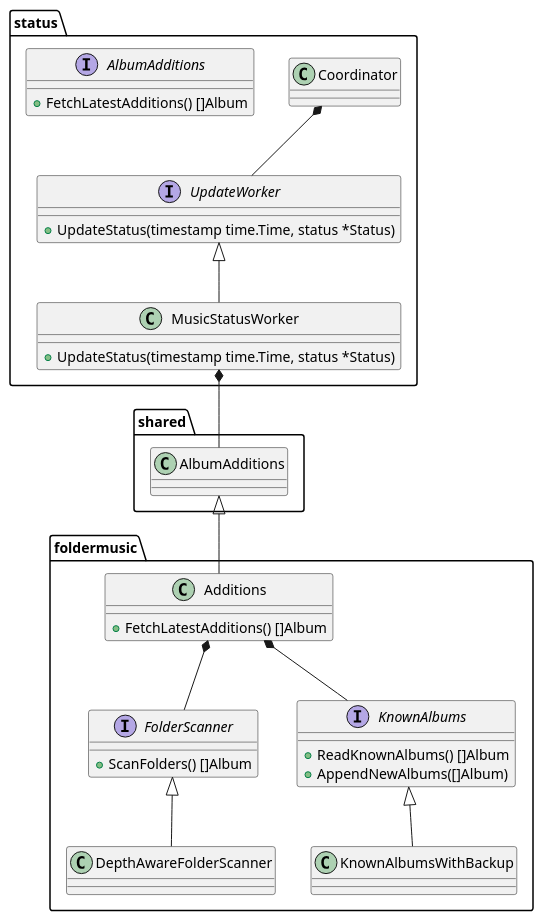
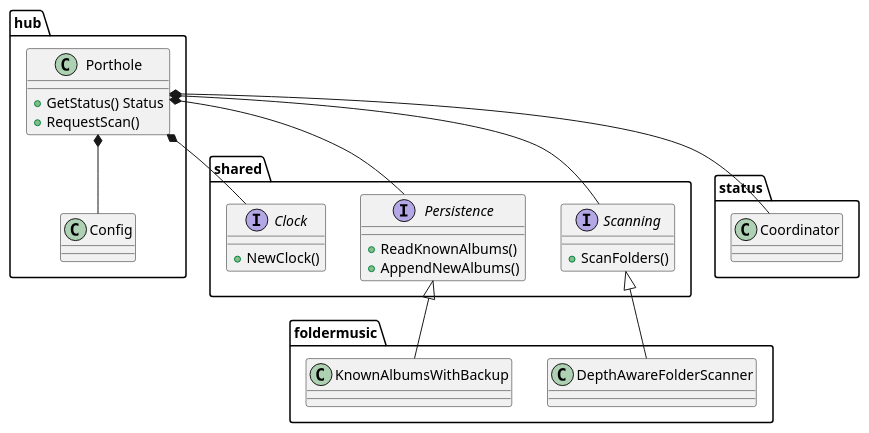
One commit to epond/porthole changed the diagram in doc/classdiagram.plantuml. Above: the diagram before and after it, drawn with PlantUML.

Commit message:
update class diagram

```diff
--- a/doc/classdiagram.plantuml
+++ b/doc/classdiagram.plantuml
@@ -1,43 +1,44 @@
 @startuml porthole
 
-    namespace status {
-        class Coordinator {
+    namespace shared {
+        interface Scanning {
+            + ScanFolders()
         }
 
-        interface UpdateWorker  {
-            + UpdateStatus(timestamp time.Time, status *Status) 
+        interface Persistence {
+	        + ReadKnownAlbums()
+	        + AppendNewAlbums()
         }
-        class MusicStatusWorker {
-            + UpdateStatus(timestamp time.Time, status *Status) 
 
-        }
-        interface AlbumAdditions {
-            + FetchLatestAdditions() []Album
+        interface Clock {
+            + NewClock()
         }
     }
 
+    namespace hub {
+        class Porthole {
+            + GetStatus() Status
+            + RequestScan()
+        }
+
+        class Config
+    }
+
+    namespace status {
+        class Coordinator
+    }
+
     namespace foldermusic {
-        class Additions {
-            + FetchLatestAdditions() []Album
-        }
-        interface FolderScanner {
-            + ScanFolders() []Album
-        }
         class DepthAwareFolderScanner
-        interface KnownAlbums {
-            + ReadKnownAlbums() []Album
-            + AppendNewAlbums([]Album)
-        }
         class KnownAlbumsWithBackup
     }
 
-status.Coordinator *-- status.UpdateWorker
-status.UpdateWorker <|-- status.MusicStatusWorker
-shared.AlbumAdditions <|-- foldermusic.Additions
-status.MusicStatusWorker *-- shared.AlbumAdditions
-foldermusic.FolderScanner <|-- foldermusic.DepthAwareFolderScanner
-foldermusic.Additions *-- foldermusic.FolderScanner
-foldermusic.Additions *-- foldermusic.KnownAlbums
-foldermusic.KnownAlbums <|-- foldermusic.KnownAlbumsWithBackup
+shared.Scanning <|-- foldermusic.DepthAwareFolderScanner
+shared.Persistence <|-- foldermusic.KnownAlbumsWithBackup
+hub.Porthole *-- hub.Config
+hub.Porthole *-- shared.Scanning
+hub.Porthole *-- shared.Persistence
+hub.Porthole *-- shared.Clock
+hub.Porthole *-- status.Coordinator
 
 @enduml
```
